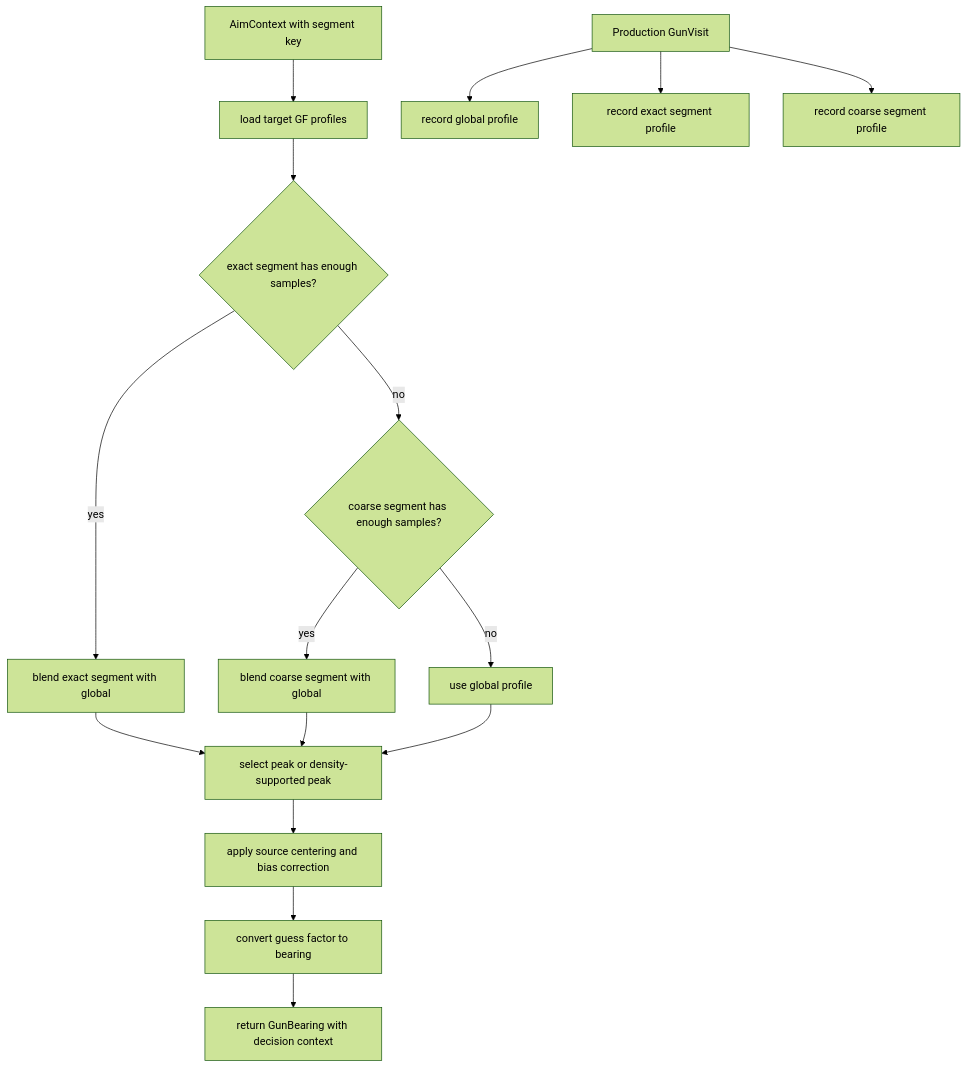
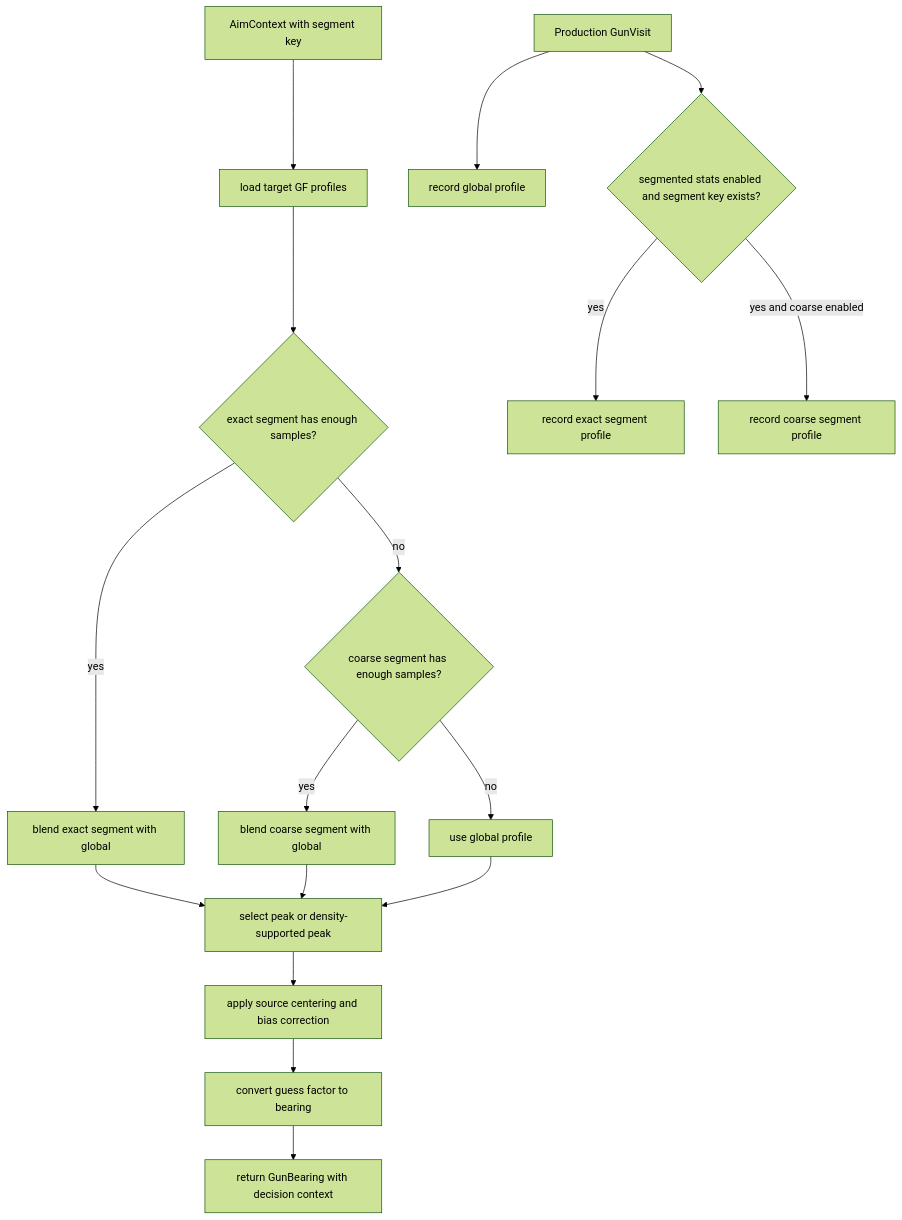
Before and after one commit to fduch-stranger/robocode-bot: the diagram in bots/bot_core/gun/guns/traditional_gf/README.md, drawn with Mermaid (forest theme). The commit also changed other lines of this file and 9 other files, not shown here.

````diff
--- a/bots/bot_core/gun/guns/traditional_gf/README.md
+++ b/bots/bot_core/gun/guns/traditional_gf/README.md
@@ -33,18 +40,19 @@
 ```mermaid
 flowchart TD
     A["AimContext with segment key"] --> B["load target GF profiles"]
     B --> C{"exact segment has enough samples?"}
     C -- "yes" --> D["blend exact segment with global"]
     C -- "no" --> E{"coarse segment has enough samples?"}
     E -- "yes" --> F["blend coarse segment with global"]
     E -- "no" --> G["use global profile"]
     D --> H["select peak or density-supported peak"]
     F --> H
     G --> H
     H --> I["apply source centering and bias correction"]
     I --> J["convert guess factor to bearing"]
     J --> K["return GunBearing with decision context"]
     L["Production GunVisit"] --> M["record global profile"]
-    L --> N["record exact segment profile"]
-    L --> O["record coarse segment profile"]
+    L --> N{"segmented stats enabled and segment key exists?"}
+    N -- "yes" --> O["record exact segment profile"]
+    N -- "yes and coarse enabled" --> P["record coarse segment profile"]
 ```
````
